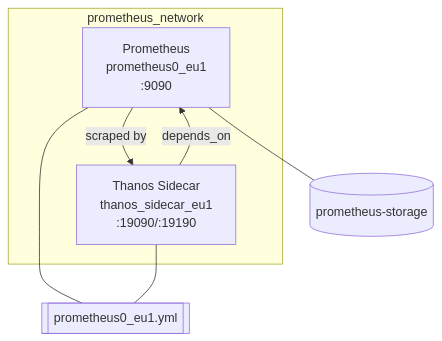
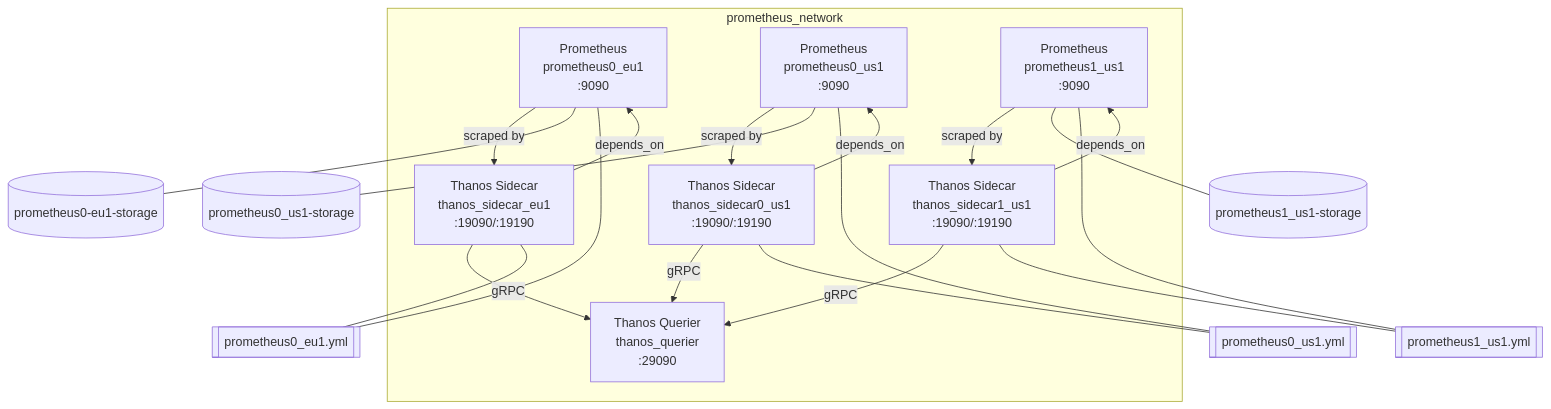
The diagram in .md (ahmad-athra/compose-files), drawn with Mermaid before and after one commit. The commit also changed 3 other files, not shown here.

Commit message:
finish sidecar + querier add 3 prometheus servers add thanos sidecar with them add thanos querier to collect data from sidecar

````diff
--- a/.md
+++ b/.md
@@ -1,19 +1,49 @@
 ```mermaid
 flowchart TD
     subgraph prometheus_network
         P0EU1[Prometheus<br/>prometheus0_eu1<br/>:9090]
         TSC_EU1[Thanos Sidecar<br/>thanos_sidecar_eu1<br/>:19090/:19190]
+
+        P0US1[Prometheus<br/>prometheus0_us1<br/>:9090]
+        TSC0_US1[Thanos Sidecar<br/>thanos_sidecar0_us1<br/>:19090/:19190]
+
+        P1US1[Prometheus<br/>prometheus1_us1<br/>:9090]
+        TSC1_US1[Thanos Sidecar<br/>thanos_sidecar1_us1<br/>:19090/:19190]
+
+        TQ[Thanos Querier<br/>thanos_querier<br/>:29090]
     end
 
+    %% Prometheus <-> Sidecar
     P0EU1 -- "scraped by" --> TSC_EU1
     TSC_EU1 -- "depends_on" --> P0EU1
 
+    P0US1 -- "scraped by" --> TSC0_US1
+    TSC0_US1 -- "depends_on" --> P0US1
+
+    P1US1 -- "scraped by" --> TSC1_US1
+    TSC1_US1 -- "depends_on" --> P1US1
+
+    %% Sidecars <-> Querier
+    TSC_EU1 -- gRPC --> TQ
+    TSC0_US1 -- gRPC --> TQ
+    TSC1_US1 -- gRPC --> TQ
+
     %% Volumes
-    V1[(prometheus-storage)]
+    V1[(prometheus0-eu1-storage)]
+    V2[(prometheus0_us1-storage)]
+    V3[(prometheus1_us1-storage)]
     P0EU1 --- V1
+    P0US1 --- V2
+    P1US1 --- V3
 
-    %% Config
+    %% Configs
     CFG1[[prometheus0_eu1.yml]]
+    CFG2[[prometheus0_us1.yml]]
+    CFG3[[prometheus1_us1.yml]]
     P0EU1 --- CFG1
     TSC_EU1 --- CFG1
+    P0US1 --- CFG2
+    TSC0_US1 --- CFG2
+    P1US1 --- CFG3
+    TSC1_US1 --- CFG3
 ```
````
